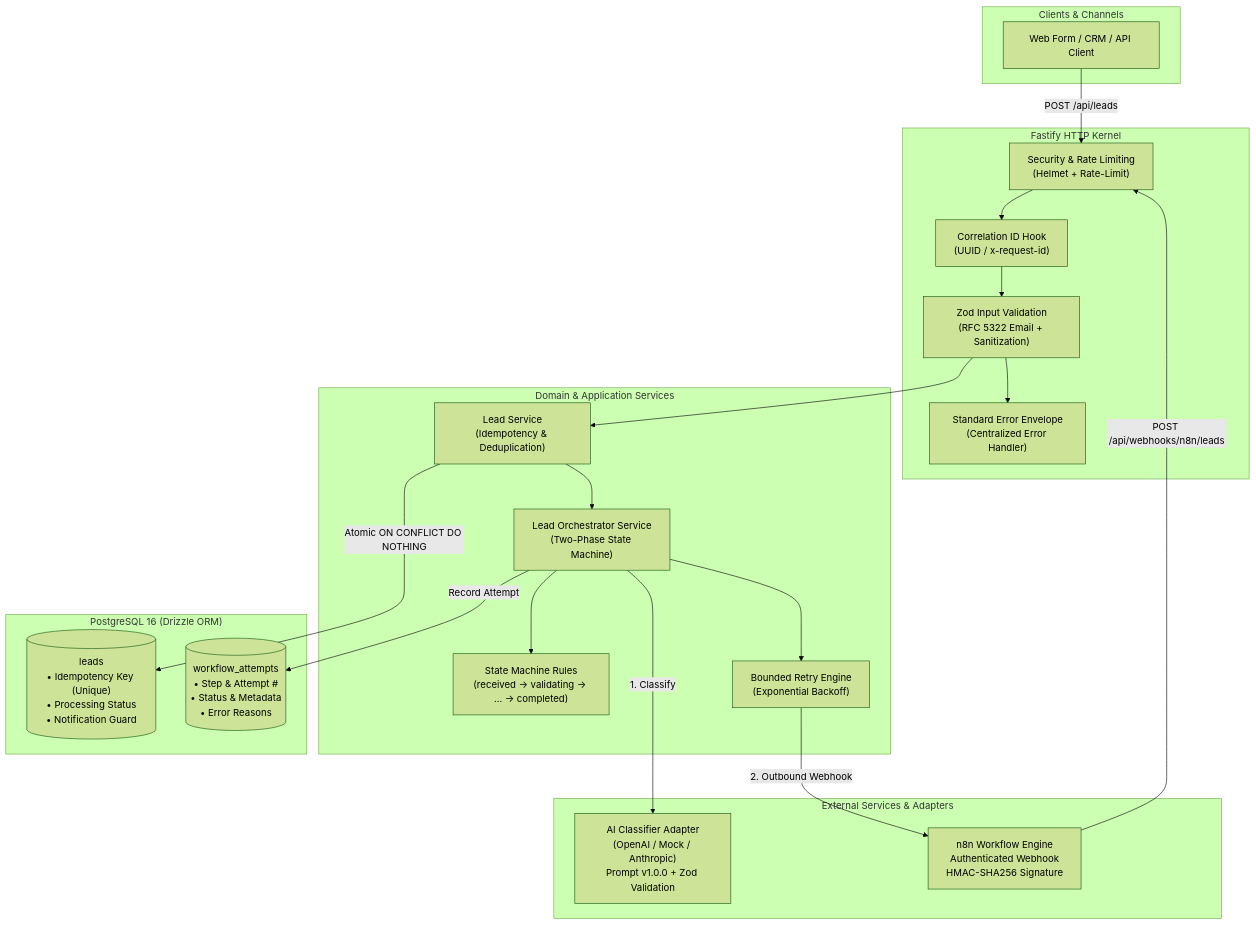
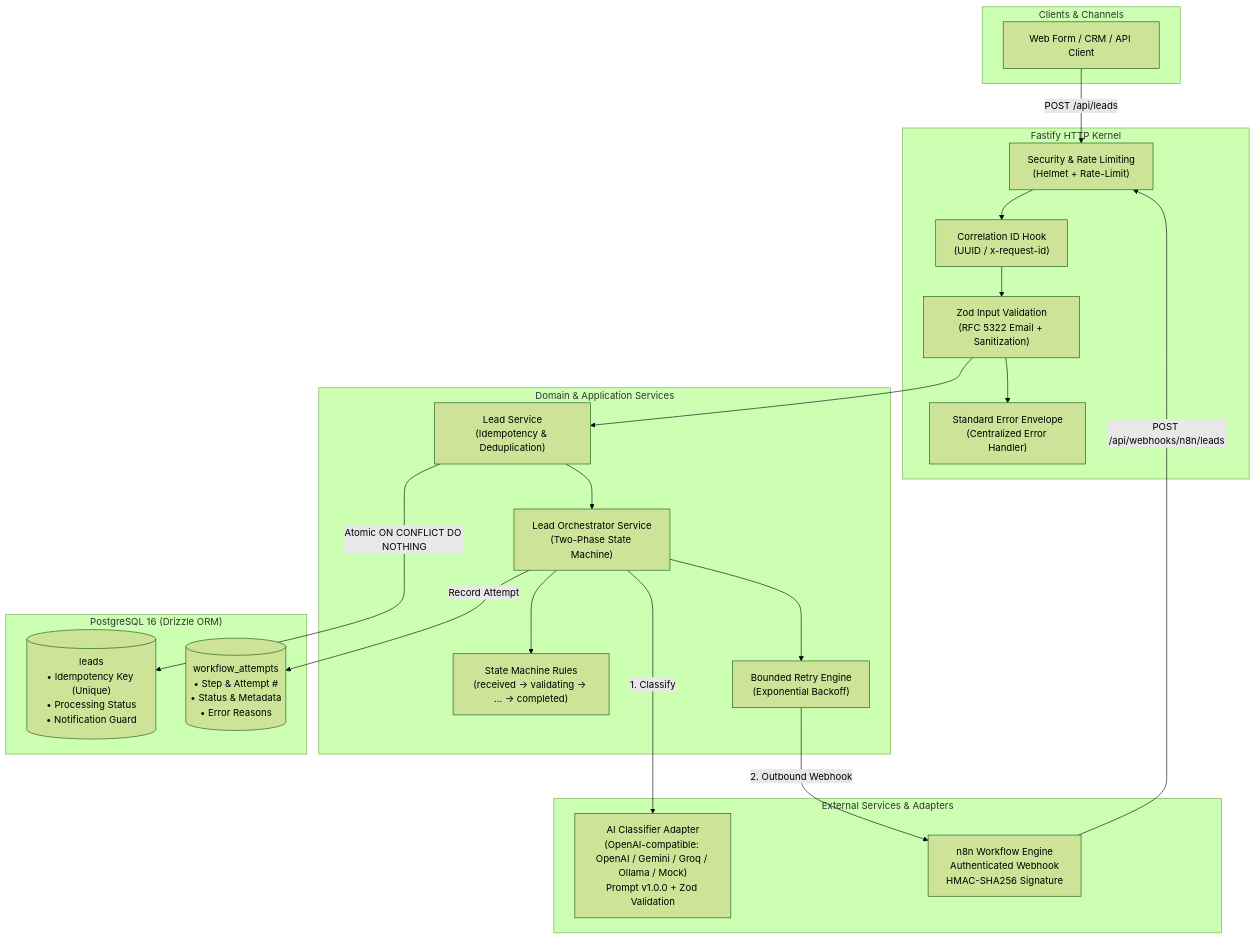
The first of 2 diagrams in docs/architecture.md (solomonadola/ai-business-automation), drawn with Mermaid (forest theme) before and after one commit. The commit also changed other lines of this file and 5 other files, not shown here.

````diff
--- a/docs/architecture.md
+++ b/docs/architecture.md
@@ -11,42 +11,42 @@
 ```mermaid
 flowchart TD
     subgraph ClientLayer ["Clients & Channels"]
         WebForm["Web Form / CRM / API Client"]
     end
 
     subgraph ApiKernel ["Fastify HTTP Kernel"]
         Sec["Security & Rate Limiting<br/>(Helmet + Rate-Limit)"]
         ReqId["Correlation ID Hook<br/>(UUID / x-request-id)"]
         Val["Zod Input Validation<br/>(RFC 5322 Email + Sanitization)"]
         Err["Standard Error Envelope<br/>(Centralized Error Handler)"]
     end
 
     subgraph DomainService ["Domain & Application Services"]
         LeadSvc["Lead Service<br/>(Idempotency & Deduplication)"]
         OrchSvc["Lead Orchestrator Service<br/>(Two-Phase State Machine)"]
         SM["State Machine Rules<br/>(received -> validating -> ... -> completed)"]
         Retry["Bounded Retry Engine<br/>(Exponential Backoff)"]
     end
 
     subgraph DatabaseLayer ["PostgreSQL 16 (Drizzle ORM)"]
         LeadsTable[("leads<br/>• Idempotency Key (Unique)<br/>• Processing Status<br/>• Notification Guard")]
         AuditTable[("workflow_attempts<br/>• Step & Attempt #<br/>• Status & Metadata<br/>• Error Reasons")]
     end
 
     subgraph ExternalAdapters ["External Services & Adapters"]
-        LLM["AI Classifier Adapter<br/>(OpenAI / Mock / Anthropic)<br/>Prompt v1.0.0 + Zod Validation"]
+        LLM["AI Classifier Adapter<br/>(OpenAI-compatible: OpenAI / Gemini / Groq / Ollama / Mock)<br/>Prompt v1.0.0 + Zod Validation"]
         n8n["n8n Workflow Engine<br/>Authenticated Webhook<br/>HMAC-SHA256 Signature"]
     end
 
     WebForm -->|"POST /api/leads"| Sec
     Sec --> ReqId --> Val --> Err
     Val --> LeadSvc
     LeadSvc -->|"Atomic ON CONFLICT DO NOTHING"| LeadsTable
     LeadSvc --> OrchSvc
     OrchSvc --> SM
     OrchSvc -->|"1. Classify"| LLM
     OrchSvc -->|"Record Attempt"| AuditTable
     OrchSvc --> Retry
     Retry -->|"2. Outbound Webhook"| n8n
     n8n -->|"POST /api/webhooks/n8n/leads"| Sec
 ```
````
